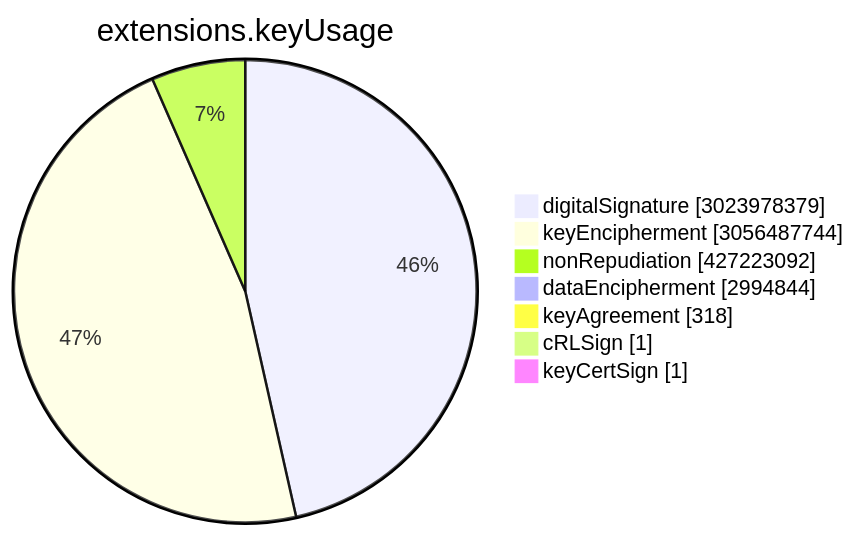
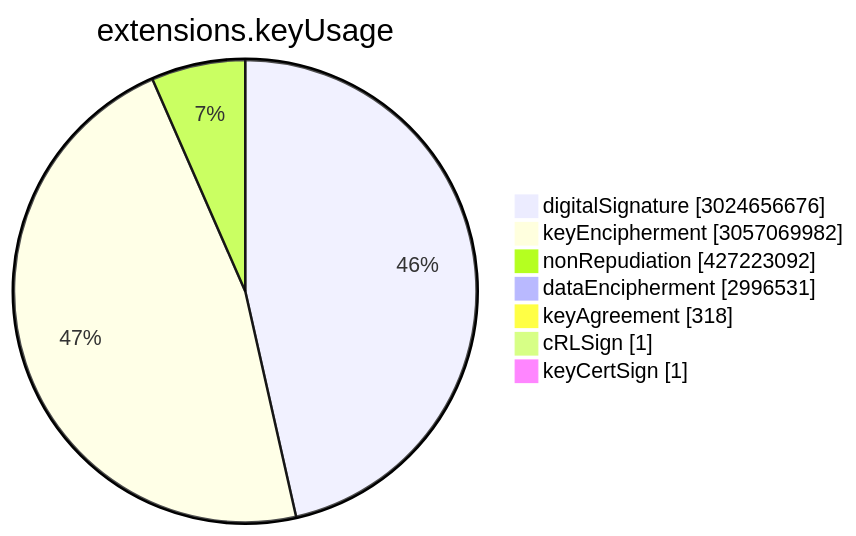
Before and after one commit to christiankrug/ctmonitor_visualization: the sixth of 15 diagrams in TOTAL/README.md, drawn with Mermaid. The commit also changed other lines of this file, not shown here.

````diff
--- a/TOTAL/README.md
+++ b/TOTAL/README.md
@@ -3075,11 +3075,11 @@
 ```mermaid
 pie showData
 title extensions.keyUsage
-"digitalSignature" :3023978379
-"keyEncipherment" :3056487744
+"digitalSignature" :3024656676
+"keyEncipherment" :3057069982
 "nonRepudiation" :427223092
-"dataEncipherment" :2994844
+"dataEncipherment" :2996531
 "keyAgreement" :318
 "cRLSign" :1
 "keyCertSign" :1
 ```
````
